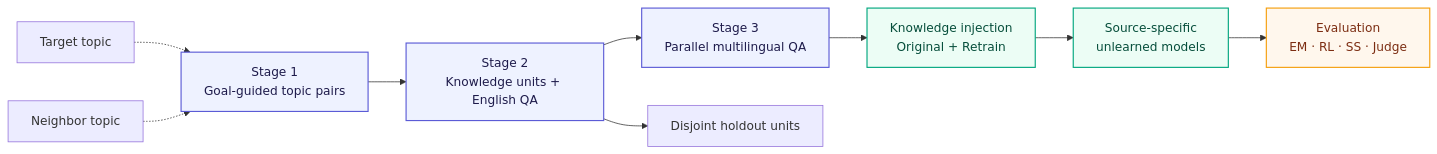
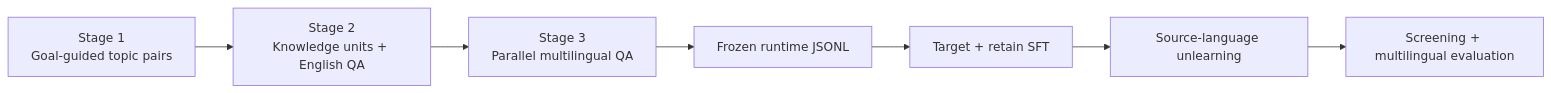
Before and after one commit to CLLPU/CLLPU-bench: the diagram in README.md, drawn with Mermaid. The commit also changed other lines of this file and 185 other files, not shown here.

````diff
--- a/README.md
+++ b/README.md
@@ -52,19 +59,9 @@
 ```mermaid
 flowchart LR
     A["Stage 1<br/>Goal-guided topic pairs"] --> B["Stage 2<br/>Knowledge units + English QA"]
     B --> C["Stage 3<br/>Parallel multilingual QA"]
-    C --> D["Knowledge injection<br/>Original + Retrain"]
-    D --> E["Source-specific<br/>unlearned models"]
-    E --> F["Evaluation<br/>EM · RL · SS · Judge"]
-
-    A1["Target topic"] -.-> A
-    A2["Neighbor topic"] -.-> A
-    B --> H["Disjoint holdout units"]
-
-    classDef stage fill:#EEF2FF,stroke:#5B5BD6,color:#1E1B4B,stroke-width:1.5px;
-    classDef model fill:#ECFDF5,stroke:#00A67E,color:#064E3B,stroke-width:1.5px;
-    classDef eval fill:#FFF7ED,stroke:#F59E0B,color:#7C2D12,stroke-width:1.5px;
-    class A,B,C stage;
-    class D,E model;
-    class F eval;
+    C --> D["Frozen runtime JSONL"]
+    D --> E["Target + retain SFT"]
+    E --> F["Source-language unlearning"]
+    F --> G["Screening + multilingual evaluation"]
 ```
````
